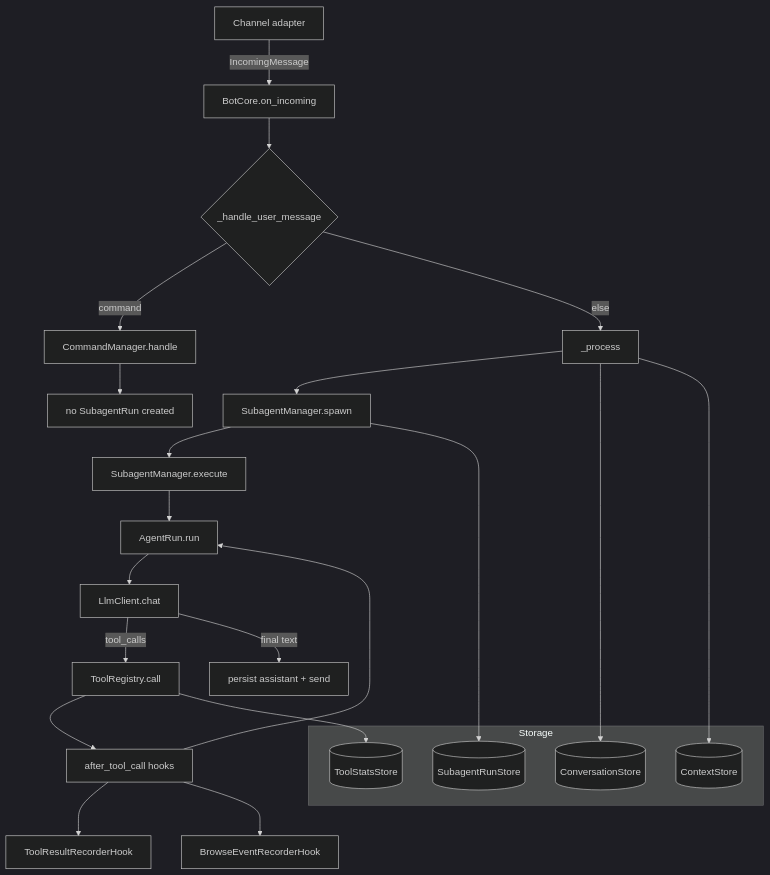
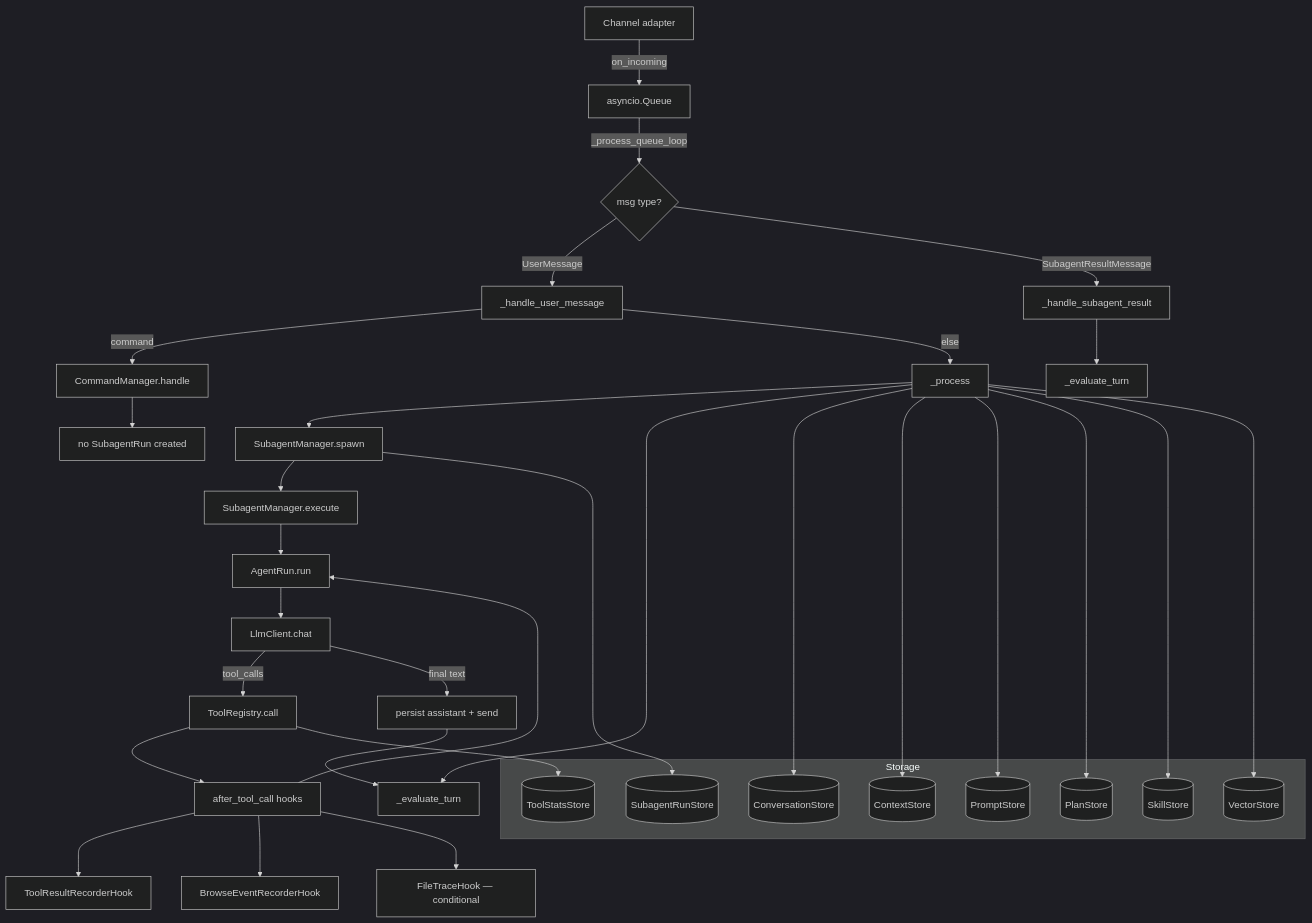
One commit to peara/nanobot changed the second of 2 diagrams in ARCHITECTURE.md. Above: the diagram before and after it, drawn with Mermaid (dark theme). The commit also changed other lines of this file and 1 other file, not shown here.

First line of the commit message:
docs: update README and ARCHITECTURE to reflect current codebase

````diff
--- a/ARCHITECTURE.md
+++ b/ARCHITECTURE.md
@@ -106,31 +124,46 @@
 ```mermaid
 flowchart TD
-    A[Channel adapter] -->|IncomingMessage| B[BotCore.on_incoming]
-    B --> C{_handle_user_message}
+    A[Channel adapter] -->|on_incoming| Q[asyncio.Queue]
+    Q -->|_process_queue_loop| B{msg type?}
+    B -->|UserMessage| C[_handle_user_message]
+    B -->|SubagentResultMessage| CR[_handle_subagent_result]
     C -->|command| D[CommandManager.handle]
     C -->|else| E[_process]
     E --> F[SubagentManager.spawn]
     F --> G[SubagentManager.execute]
     G --> H[AgentRun.run]
     H --> I[LlmClient.chat]
     I -->|tool_calls| J[ToolRegistry.call]
     J --> K[after_tool_call hooks]
     K --> K1[ToolResultRecorderHook]
     K --> K2[BrowseEventRecorderHook]
+    K --> K3[FileTraceHook — conditional]
     K --> H
     I -->|final text| L[persist assistant + send]
-    
+    E --> EV[_evaluate_turn]
+    L --> EV
+
+    CR --> EV2[_evaluate_turn]
+
     D --> M[no SubagentRun created]
-    
+
     subgraph Storage
         N[(SubagentRunStore)]
         O[(ToolStatsStore)]
         P[(ConversationStore)]
-        Q[(ContextStore)]
+        Q2[(ContextStore)]
+        PS[(PromptStore)]
+        PLS[(PlanStore)]
+        SKS[(SkillStore)]
+        VS[(VectorStore)]
     end
-    
+
     F --> N
     J --> O
     E --> P
-    E --> Q
+    E --> Q2
+    E --> PS
+    E --> PLS
+    E --> SKS
+    E --> VS
 ```
````
